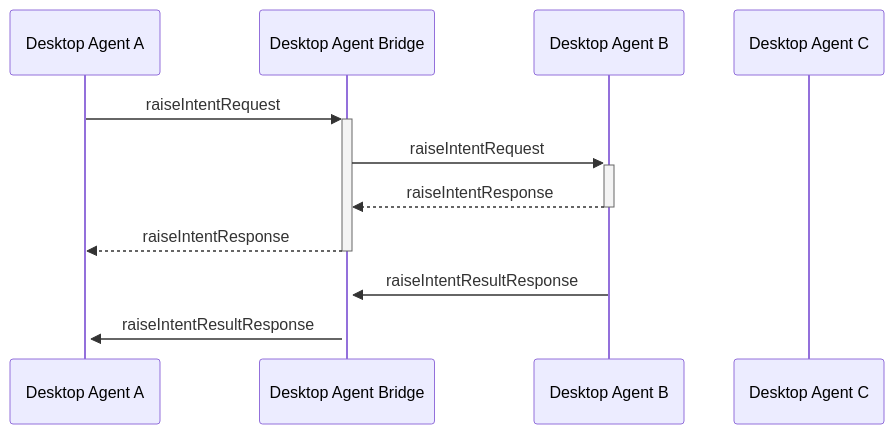
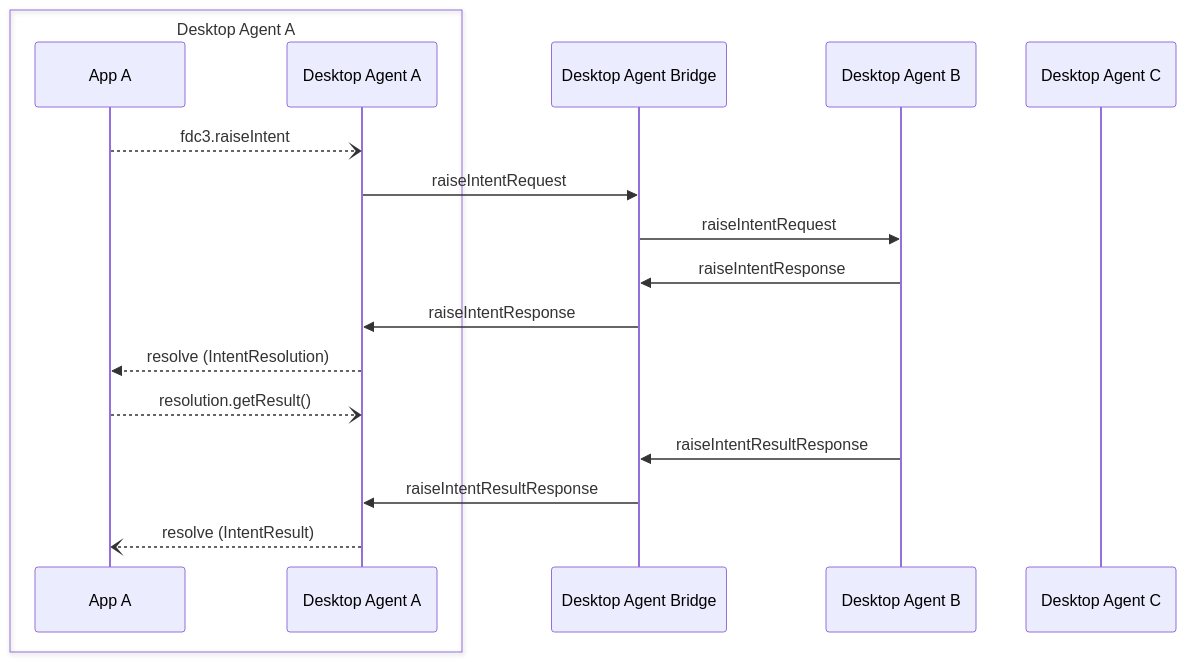
Before and after one commit to finos/FDC3: the diagram in docs/agent-bridging/ref/raiseIntent.md, drawn with Mermaid. The commit also changed 12 other files, not shown here.

First line of the commit message:
Add the app to each reference page mermaid diagram to clarify how mes… (#80)

````diff
--- a/docs/agent-bridging/ref/raiseIntent.md
+++ b/docs/agent-bridging/ref/raiseIntent.md
@@ -52,13 +52,20 @@
 ```mermaid
 sequenceDiagram
+    box Desktop Agent A
+    participant AA as App A
     participant DA as Desktop Agent A
+    end
     participant DAB as Desktop Agent Bridge
     participant DB as Desktop Agent B
     participant DC as Desktop Agent C
-    DA ->>+ DAB: raiseIntentRequest
-    DAB ->>+ DB: raiseIntentRequest
-    DB -->>- DAB: raiseIntentResponse
-    DAB -->>- DA: raiseIntentResponse
-    DB ->>+ DAB: raiseIntentResultResponse
-    DAB ->>+ DA: raiseIntentResultResponse
+    AA --) DA: fdc3.raiseIntent 
+    DA ->> DAB: raiseIntentRequest
+    DAB ->> DB: raiseIntentRequest
+    DB ->> DAB: raiseIntentResponse
+    DAB ->> DA: raiseIntentResponse
+    DA -->> AA: resolve (IntentResolution)
+    AA --) DA: resolution.getResult()
+    DB ->> DAB: raiseIntentResultResponse
+    DAB ->> DA: raiseIntentResultResponse
+    DA --) AA: resolve (IntentResult)
 ```
````
